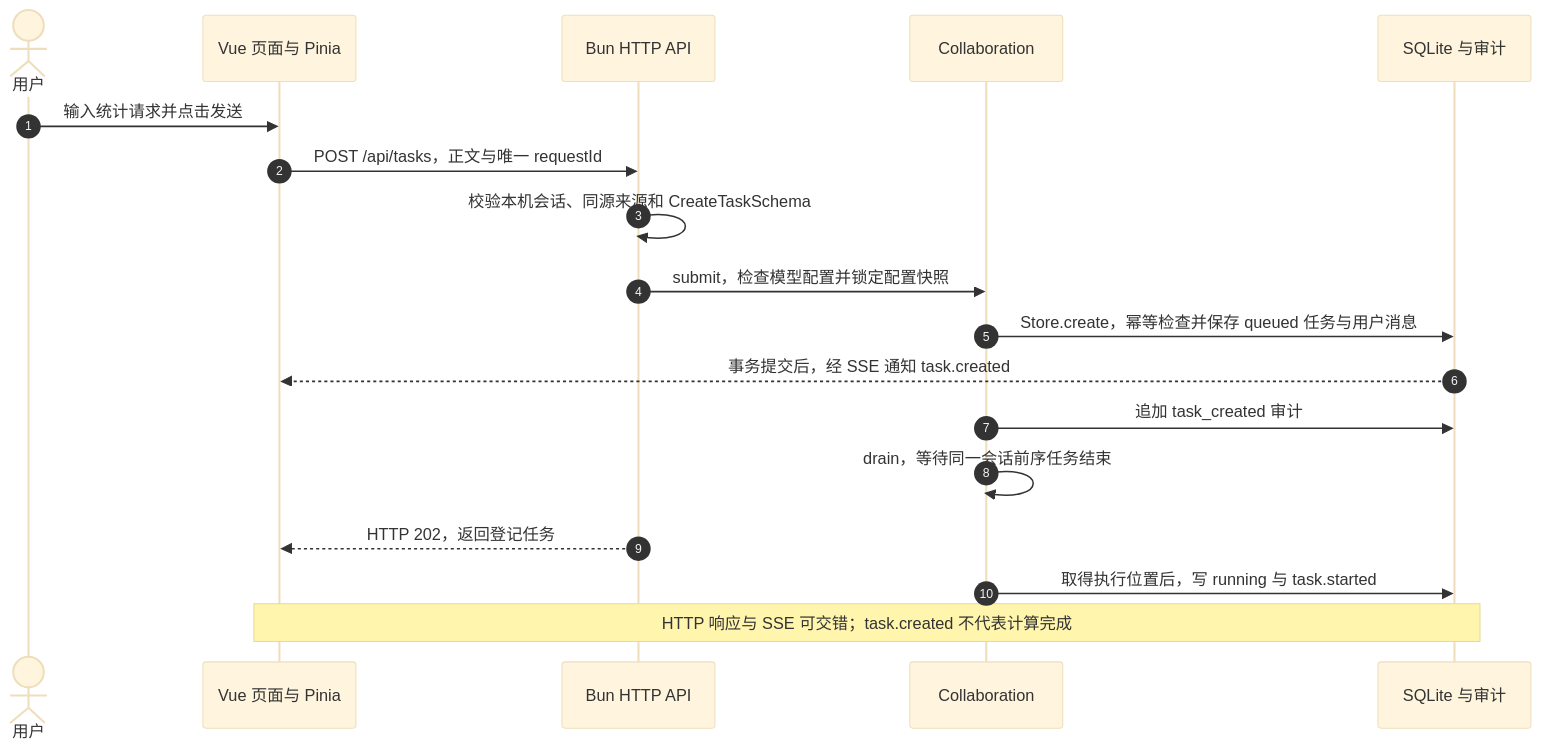
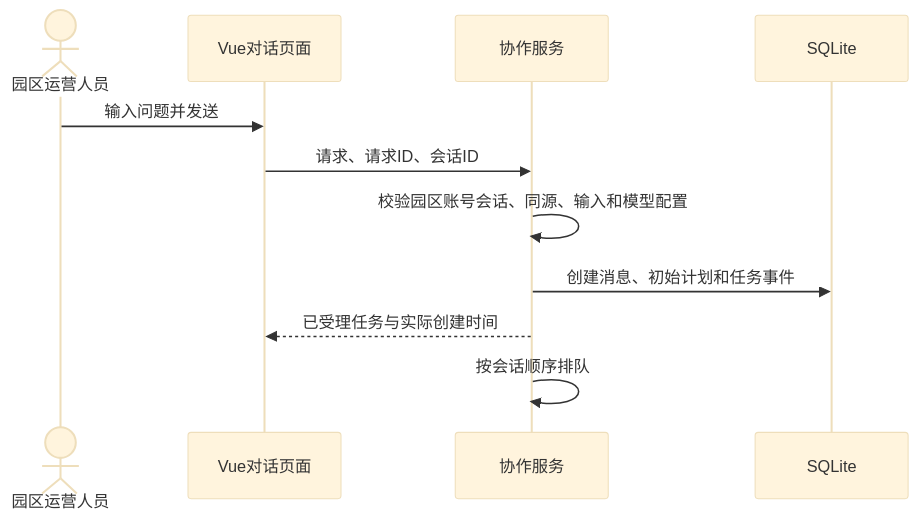
The first of 8 diagrams in project_document.md (shutingchai5-ux/vectra-source-0.2.0), drawn with Mermaid (base theme) before and after one commit. The commit also changed other lines of this file and 622 other files, not shown here.

````diff
--- a/project_document.md
+++ b/project_document.md
@@ -250,20 +120,13 @@
 ```mermaid
 sequenceDiagram
-    autonumber
-    actor U as 用户
-    participant W as Vue 页面与 Pinia
-    participant H as Bun HTTP API
-    participant S as Collaboration
-    participant D as SQLite 与审计
-    U->>W: 输入统计请求并点击发送
-    W->>H: POST /api/tasks，正文与唯一 requestId
-    H->>H: 校验本机会话、同源来源和 CreateTaskSchema
-    H->>S: submit，检查模型配置并锁定配置快照
-    S->>D: Store.create，幂等检查并保存 queued 任务与用户消息
-    D-->>W: 事务提交后，经 SSE 通知 task.created
-    S->>D: 追加 task_created 审计
-    S->>S: drain，等待同一会话前序任务结束
-    H-->>W: HTTP 202，返回登记任务
-    S->>D: 取得执行位置后，写 running 与 task.started
-    Note over W,D: HTTP 响应与 SSE 可交错；task.created 不代表计算完成
+  actor U as 园区运营人员
+  participant W as Vue对话页面
+  participant S as 协作服务
+  participant DB as SQLite
+  U->>W: 输入问题并发送
+  W->>S: 请求、请求ID、会话ID
+  S->>S: 校验园区账号会话、同源、输入和模型配置
+  S->>DB: 创建消息、初始计划和任务事件
+  S-->>W: 已受理任务与实际创建时间
+  S->>S: 按会话顺序排队
 ```
````
